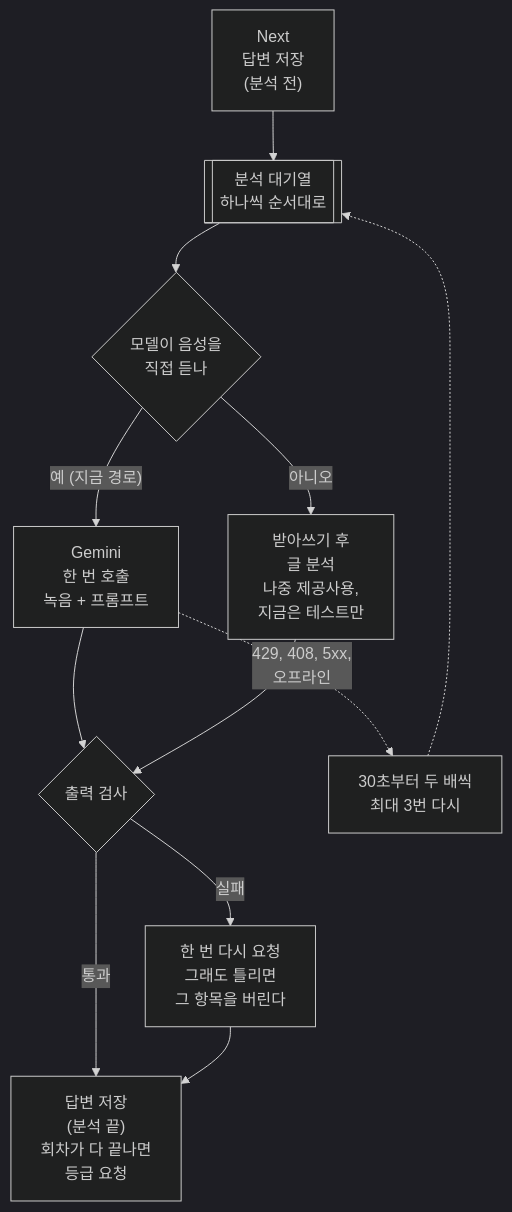
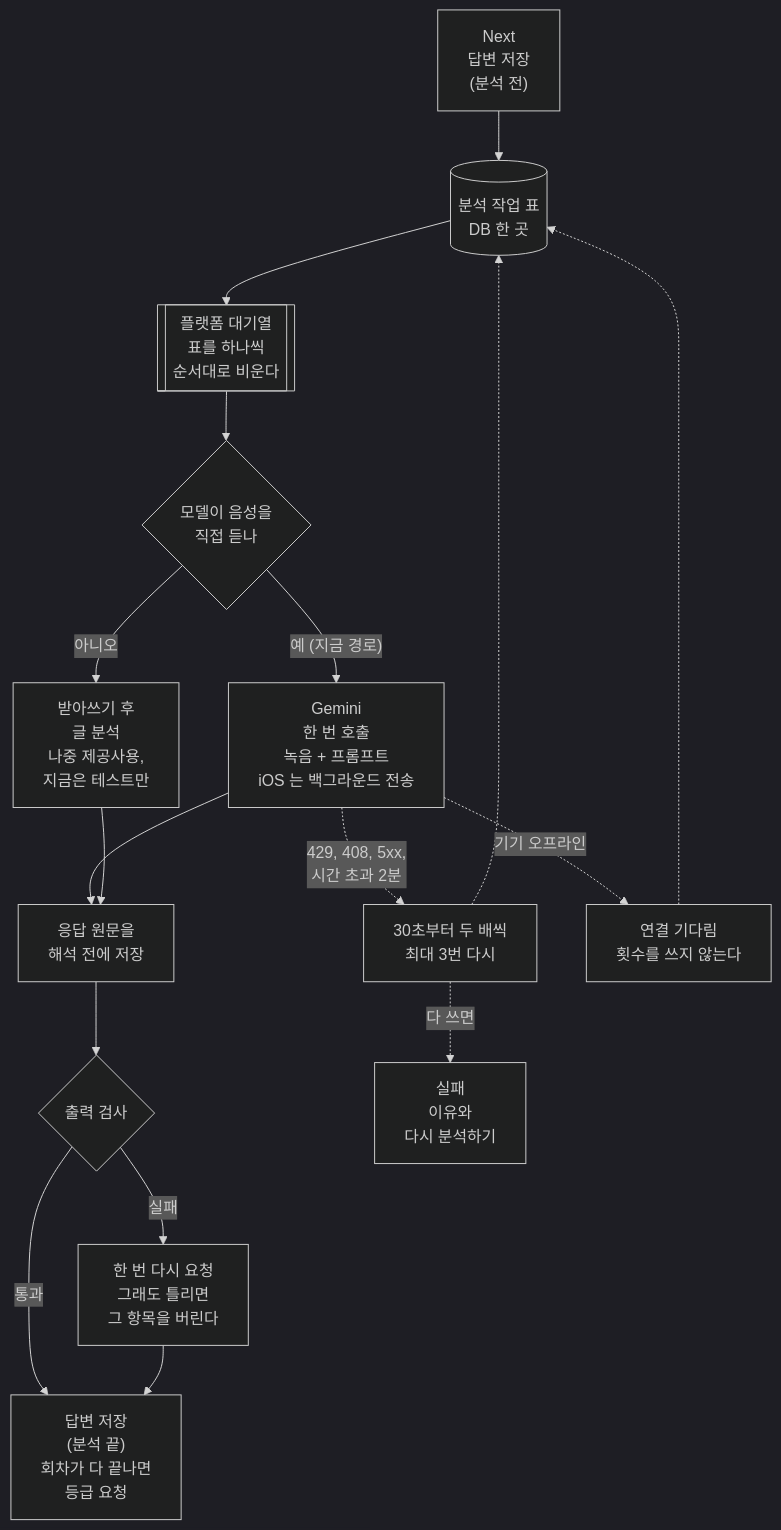
Before and after one commit to nosorae/AiOpicSelfStudy: the third of 5 diagrams in README.md, drawn with Mermaid (dark theme). The commit also changed other lines of this file and 9 other files, not shown here.

````diff
--- a/README.md
+++ b/README.md
@@ -76,14 +76,19 @@
 ```mermaid
 flowchart TD
-    next["Next<br/>답변 저장<br/>(분석 전)"] --> queue[["분석 대기열<br/>하나씩 순서대로"]]
+    next["Next<br/>답변 저장<br/>(분석 전)"] --> job[("분석 작업 표<br/>DB 한 곳")]
+    job --> queue[["플랫폼 대기열<br/>표를 하나씩<br/>순서대로 비운다"]]
     queue --> route{"모델이 음성을<br/>직접 듣나"}
-    route -- "예 (지금 경로)" --> one["Gemini<br/>한 번 호출<br/>녹음 + 프롬프트"]
+    route -- "예 (지금 경로)" --> one["Gemini<br/>한 번 호출<br/>녹음 + 프롬프트<br/>iOS 는 백그라운드 전송"]
     route -- "아니오" --> two["받아쓰기 후<br/>글 분석<br/>나중 제공사용,<br/>지금은 테스트만"]
-    one --> check{"출력 검사"}
-    two --> check
+    one --> saved["응답 원문을<br/>해석 전에 저장"]
+    two --> saved
+    saved --> check{"출력 검사"}
     check -- "통과" --> done["답변 저장<br/>(분석 끝)<br/>회차가 다 끝나면<br/>등급 요청"]
     check -- "실패" --> again["한 번 다시 요청<br/>그래도 틀리면<br/>그 항목을 버린다"]
     again --> done
-    one -. "429, 408, 5xx,<br/>오프라인" .-> retry["30초부터 두 배씩<br/>최대 3번 다시"]
-    retry -.-> queue
+    one -. "429, 408, 5xx,<br/>시간 초과 2분" .-> retry["30초부터 두 배씩<br/>최대 3번 다시"]
+    one -. "기기 오프라인" .-> wait["연결 기다림<br/>횟수를 쓰지 않는다"]
+    retry -.-> job
+    wait -.-> job
+    retry -. "다 쓰면" .-> fail["실패<br/>이유와<br/>다시 분석하기"]
 ```
````
